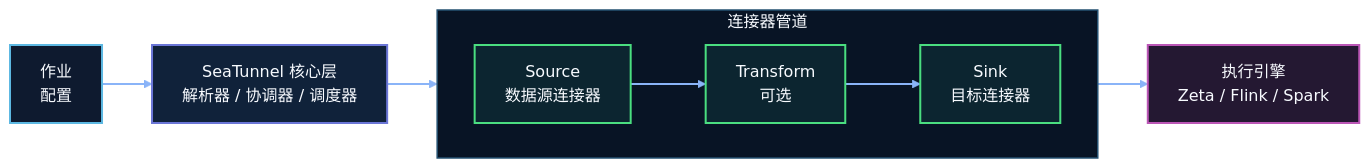
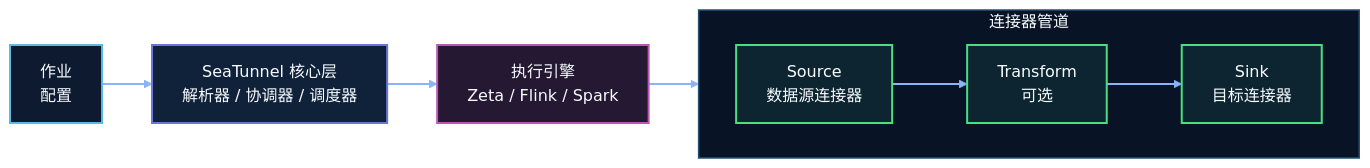
One commit to DanielLeens/seatunnel-website changed the first of 2 diagrams in i18n/zh-CN/docusaurus-plugin-content-docs/version-2.3.13/introduction/architecture.md. Above: the diagram before and after it, drawn with Mermaid. The commit also changed 1 other file, not shown here.

Commit message:
Clarify architecture diagram runtime flow

````diff
--- a/i18n/zh-CN/docusaurus-plugin-content-docs/version-2.3.13/introduction/architecture.md
+++ b/i18n/zh-CN/docusaurus-plugin-content-docs/version-2.3.13/introduction/architecture.md
@@ -11,26 +11,25 @@
 ```mermaid
 flowchart LR
     config["作业<br/>配置"]
     core["SeaTunnel 核心层<br/>解析器 / 协调器 / 调度器"]
     engine["执行引擎<br/>Zeta / Flink / Spark"]
 
     subgraph pipeline["连接器管道"]
         direction LR
         source["Source<br/>数据源连接器"] --> transform["Transform<br/>可选"] --> sink["Sink<br/>目标连接器"]
     end
 
-    config --> core --> source
-    sink --> engine
+    config --> core --> engine --> source
 
     classDef controlNode fill:#0e1a2f,stroke:#5db8e2,stroke-width:2px,color:#f8fbff;
     classDef coreNode fill:#10223a,stroke:#6b76d6,stroke-width:2px,color:#f8fbff;
     classDef connectorNode fill:#0c2530,stroke:#4ade80,stroke-width:2px,color:#f8fbff;
     classDef engineNode fill:#241832,stroke:#bb56b6,stroke-width:2px,color:#f8fbff;
 
     class config controlNode;
     class core coreNode;
+    class engine engineNode;
     class source,transform,sink connectorNode;
-    class engine engineNode;
     style pipeline fill:#081425,stroke:#245172,stroke-width:1.5px,color:#f8fbff;
     linkStyle default stroke:#8ab4f8,stroke-width:2px;
 ```
````
